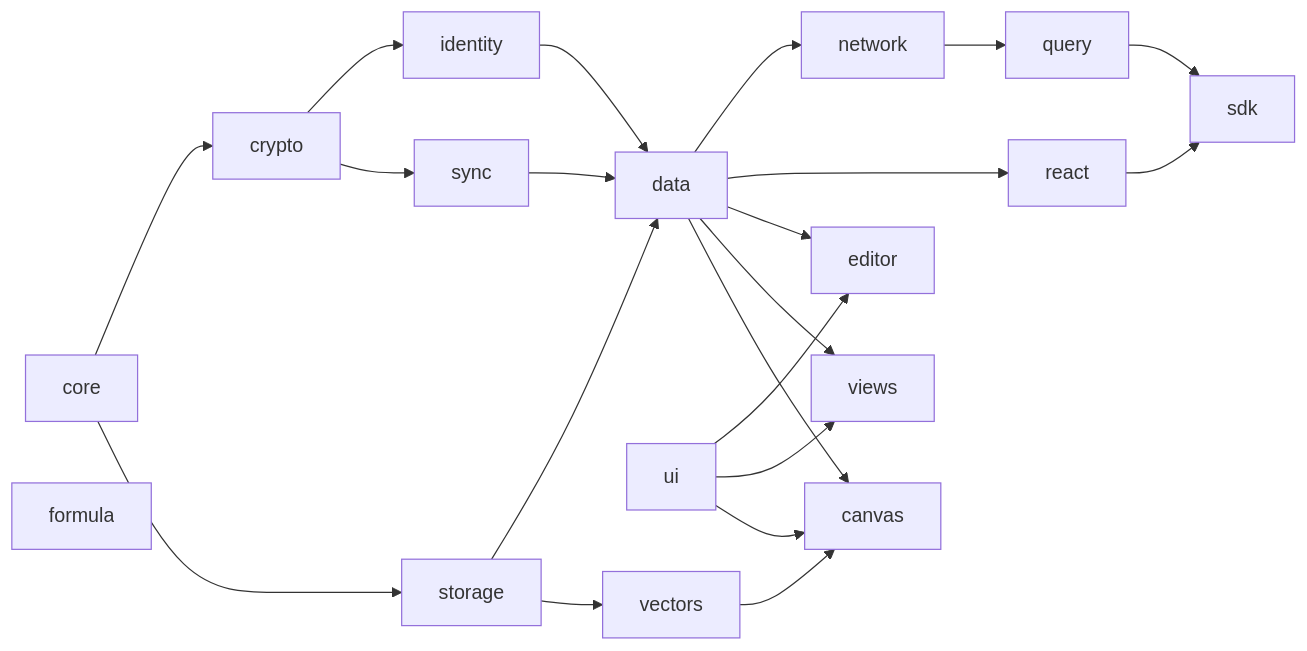
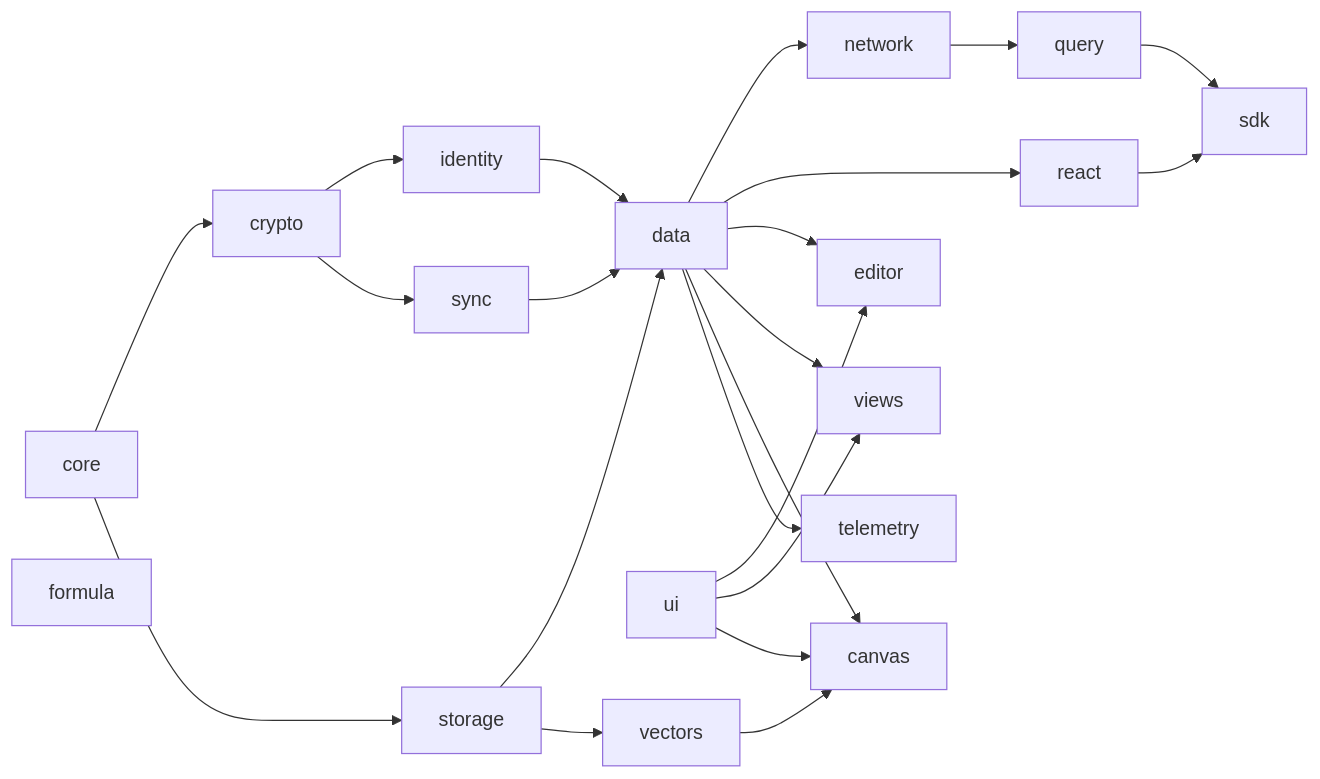
One commit to crs48/xNet changed the second of 2 diagrams in packages/README.md. Above: the diagram before and after it, drawn with Mermaid. The commit also changed other lines of this file, not shown here.

Commit message:
Add @xnet/telemetry to packages README

````diff
--- a/packages/README.md
+++ b/packages/README.md
@@ -90,22 +94,23 @@
 ```mermaid
 flowchart LR
     core --> crypto --> identity
     crypto --> sync
     core --> storage
     identity --> data
     storage --> data
     sync --> data
     data --> network --> query
     data --> react
     ui --> editor
     data --> editor
     ui --> views
     data --> views
     storage --> vectors
     vectors --> canvas
     ui --> canvas
     data --> canvas
+    data --> telemetry
     react --> sdk
     query --> sdk
     formula
 ```
````
